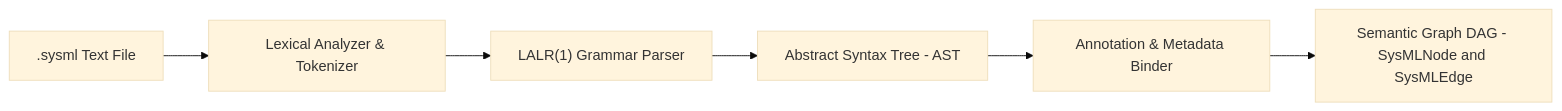
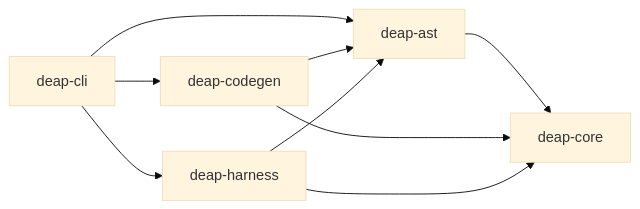
The second of 8 diagrams in docs/architecture/blueprints/DEAP_SYSML_V2_INGESTION_ENGINE_BLUEPRINT.md (gintatkinson/DEAP01-spec-core), drawn with Mermaid (base theme) before and after one commit. The commit also changed other lines of this file and 34 other files, not shown here.

Commit message:
docs(architecture): decontaminate reference blueprints and establish master execution plan (refs #405, refs #406)

````diff
--- a/docs/architecture/blueprints/DEAP_SYSML_V2_INGESTION_ENGINE_BLUEPRINT.md
+++ b/docs/architecture/blueprints/DEAP_SYSML_V2_INGESTION_ENGINE_BLUEPRINT.md
@@ -75,8 +101,11 @@
 ```mermaid
 flowchart LR
-    Source[".sysml Text File"] --> Lexer["Lexical Analyzer & Tokenizer"]
-    Lexer --> Parser["LALR(1) Grammar Parser"]
-    Parser --> AST["Abstract Syntax Tree - AST"]
-    AST --> Annotator["Annotation & Metadata Binder"]
-    Annotator --> DAG["Semantic Graph DAG - SysMLNode and SysMLEdge"]
+    CLI["deap-cli"] --> AST["deap-ast"]
+    CLI --> CODEGEN["deap-codegen"]
+    CLI --> HARNESS["deap-harness"]
+    CODEGEN --> AST
+    HARNESS --> AST
+    AST --> CORE["deap-core"]
+    CODEGEN --> CORE
+    HARNESS --> CORE
 ```
````
